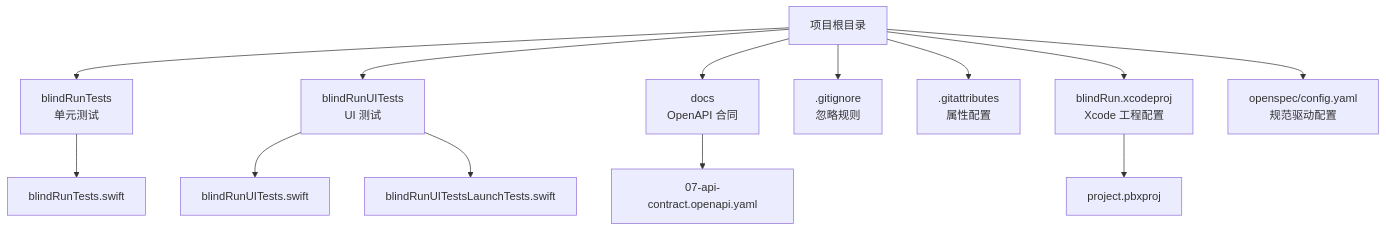
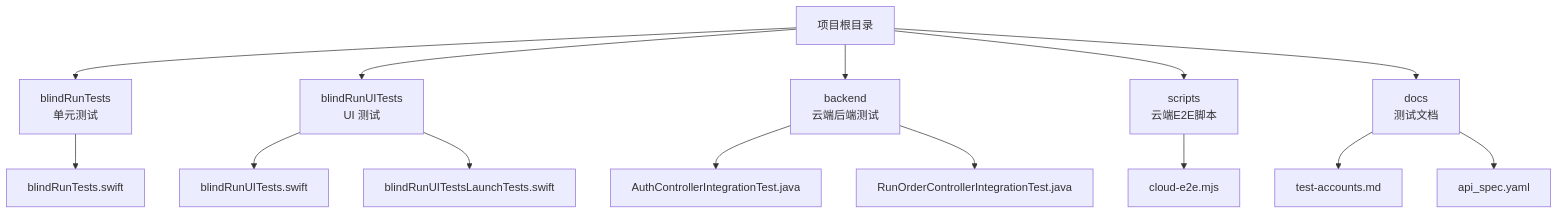
The first of 7 diagrams in .qoder/repowiki/zh/content/测试策略/测试自动化与持续集成.md (Jayden23018/blind-run-ios), drawn with Mermaid before and after one commit. The commit also changed other lines of this file and 23 other files, not shown here.

Commit message:
Implement MVP booking and volunteer flow updates

````diff
--- a/.qoder/repowiki/zh/content/测试策略/测试自动化与持续集成.md
+++ b/.qoder/repowiki/zh/content/测试策略/测试自动化与持续集成.md
@@ -33,15 +47,16 @@
 ```mermaid
 graph TB
 A["项目根目录"] --> B["blindRunTests<br/>单元测试"]
 A --> C["blindRunUITests<br/>UI 测试"]
-A --> D["docs<br/>OpenAPI 合同"]
-A --> E[".gitignore<br/>忽略规则"]
-A --> F[".gitattributes<br/>属性配置"]
-A --> G["blindRun.xcodeproj<br/>Xcode 工程配置"]
-A --> H["openspec/config.yaml<br/>规范驱动配置"]
+A --> D["backend<br/>云端后端测试"]
+A --> E["scripts<br/>云端E2E脚本"]
+A --> F["docs<br/>测试文档"]
 B --> B1["blindRunTests.swift"]
 C --> C1["blindRunUITests.swift"]
 C --> C2["blindRunUITestsLaunchTests.swift"]
-D --> D1["07-api-contract.openapi.yaml"]
-G --> G1["project.pbxproj"]
+D --> D1["AuthControllerIntegrationTest.java"]
+D --> D2["RunOrderControllerIntegrationTest.java"]
+E --> E1["cloud-e2e.mjs"]
+F --> F1["test-accounts.md"]
+F --> F2["api_spec.yaml"]
 ```
````
